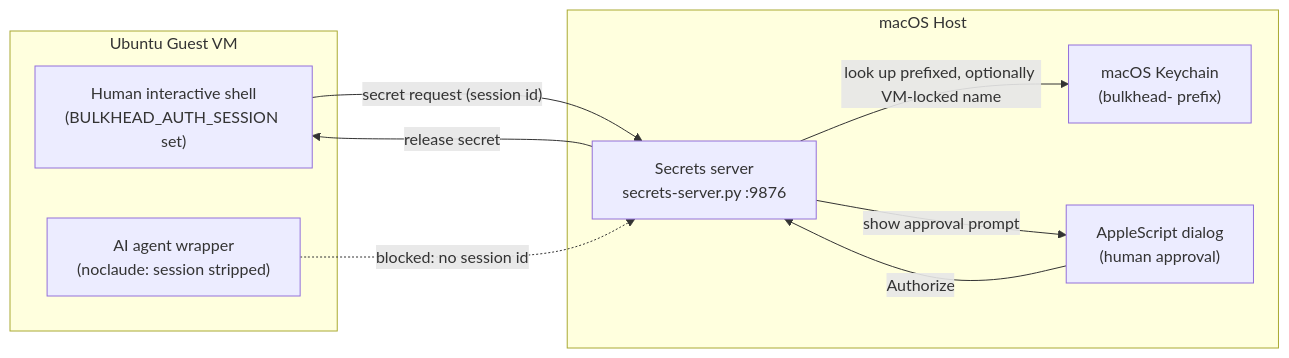
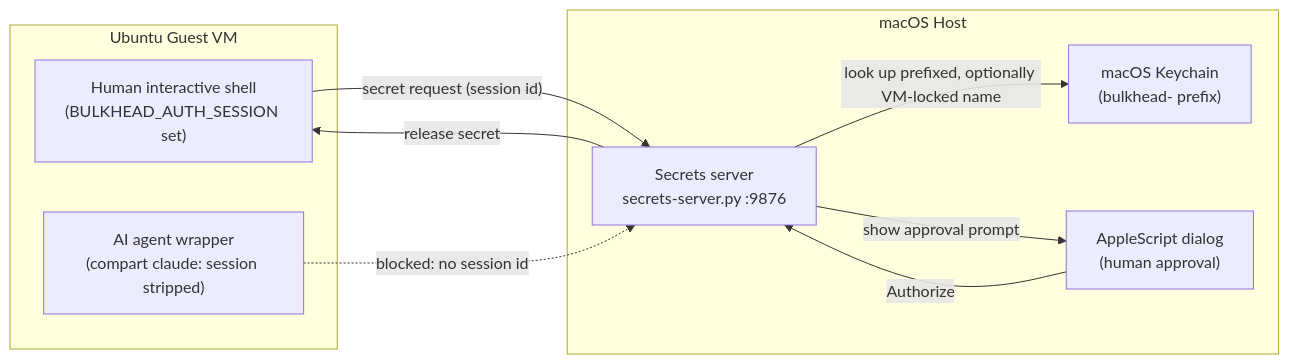
One commit to david-a-wheeler/bulkhead changed the diagram in architecture.md. Above: the diagram before and after it, drawn with Mermaid. The commit also changed other lines of this file and 22 other files, not shown here.

First line of the commit message:
Replace noclaude and nopi with "compart HARNESS"

````diff
--- a/architecture.md
+++ b/architecture.md
@@ -39,20 +39,20 @@
 ```mermaid
 flowchart LR
     subgraph VM["Ubuntu Guest VM"]
         Human["Human interactive shell<br/>(BULKHEAD_AUTH_SESSION set)"]
-        Agent["AI agent wrapper<br/>(noclaude: session stripped)"]
+        Agent["AI agent wrapper<br/>(compart claude: session stripped)"]
     end
 
     subgraph Host["macOS Host"]
         Server["Secrets server<br/>secrets-server.py :9876"]
         Dialog["AppleScript dialog<br/>(human approval)"]
         Keychain["macOS Keychain<br/>(bulkhead- prefix)"]
     end
 
     Human -- "secret request (session id)" --> Server
     Agent -. "blocked: no session id" .-> Server
     Server -- "look up prefixed, optionally VM-locked name" --> Keychain
     Server -- "show approval prompt" --> Dialog
     Dialog -- "Authorize" --> Server
     Server -- "release secret" --> Human
 ```
````
